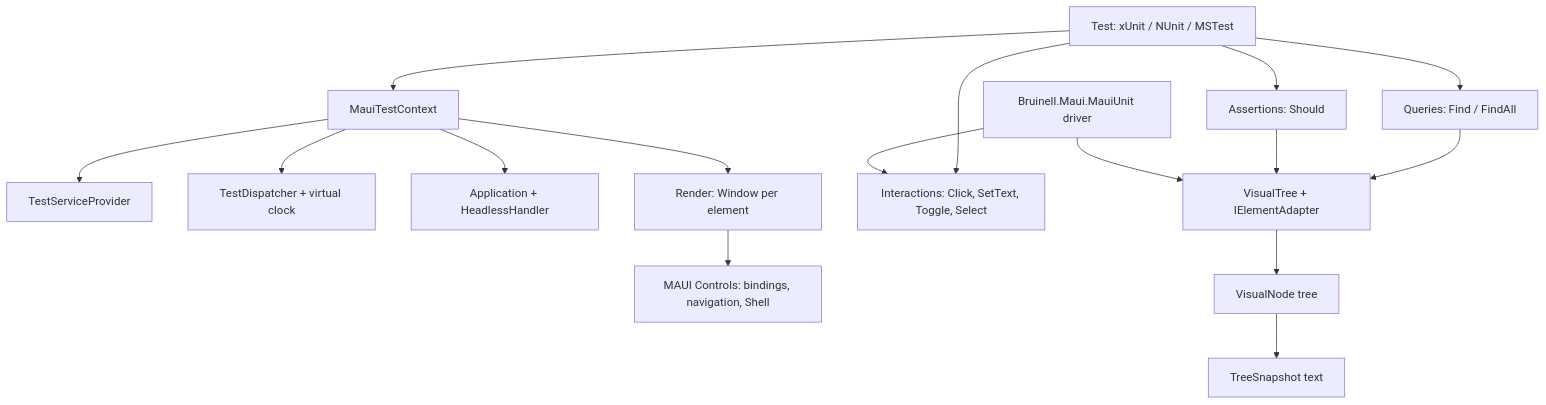
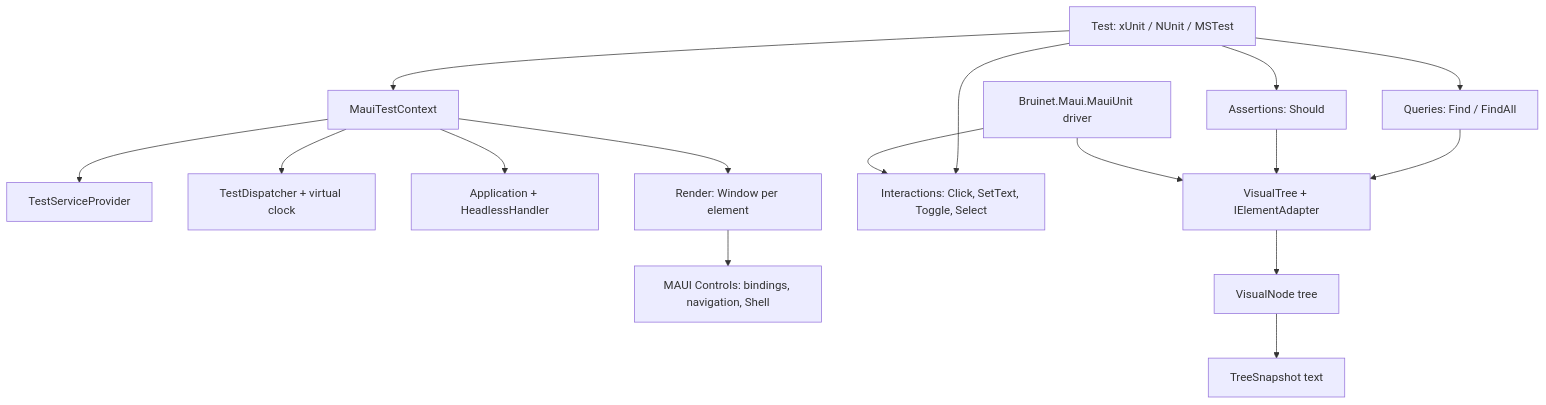
One commit to jonkeda/Brinell changed the diagram in .my/mUnit/proposal.md. Above: the diagram before and after it, drawn with Mermaid. The commit also changed other lines of this file and 4874 other files, not shown here.

Commit message:
Bruinell is now Bruinet: every project, folder, file, namespace, command, MCP server and variable (Bruinell, bruinell, BRUINELL to Bruinet, bruinet, BRUINET)

````diff
--- a/.my/mUnit/proposal.md
+++ b/.my/mUnit/proposal.md
@@ -57,18 +57,18 @@
 ```mermaid
 flowchart TB
   T[Test: xUnit / NUnit / MSTest] --> C[MauiTestContext]
   C --> S[TestServiceProvider]
   C --> D[TestDispatcher + virtual clock]
   C --> A[Application + HeadlessHandler]
   C --> R[Render: Window per element]
   R --> M[MAUI Controls: bindings, navigation, Shell]
   T --> Q[Queries: Find / FindAll]
   T --> I[Interactions: Click, SetText, Toggle, Select]
   T --> X[Assertions: Should]
   Q --> V[VisualTree + IElementAdapter]
   X --> V
   V --> N[VisualNode tree]
   N --> P[TreeSnapshot text]
-  B[Bruinell.Maui.MauiUnit driver] --> V
+  B[Bruinet.Maui.MauiUnit driver] --> V
   B --> I
 ```
````
